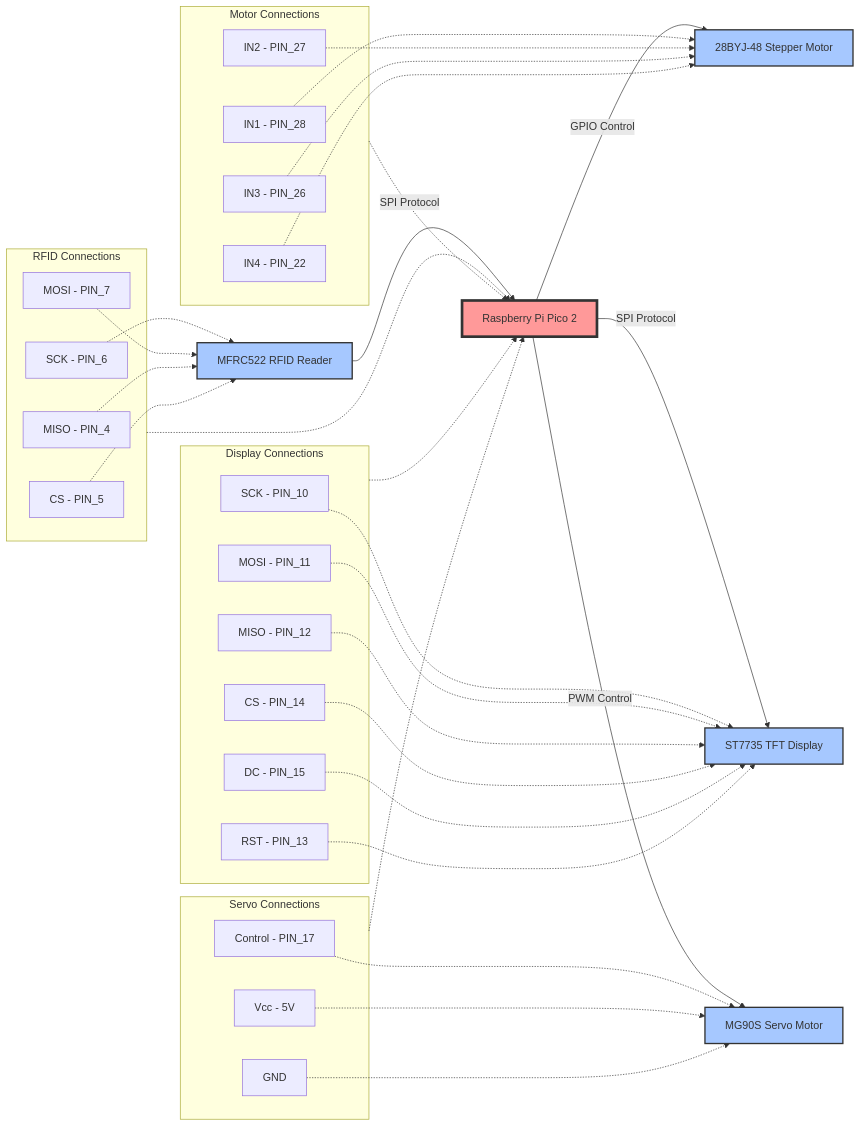
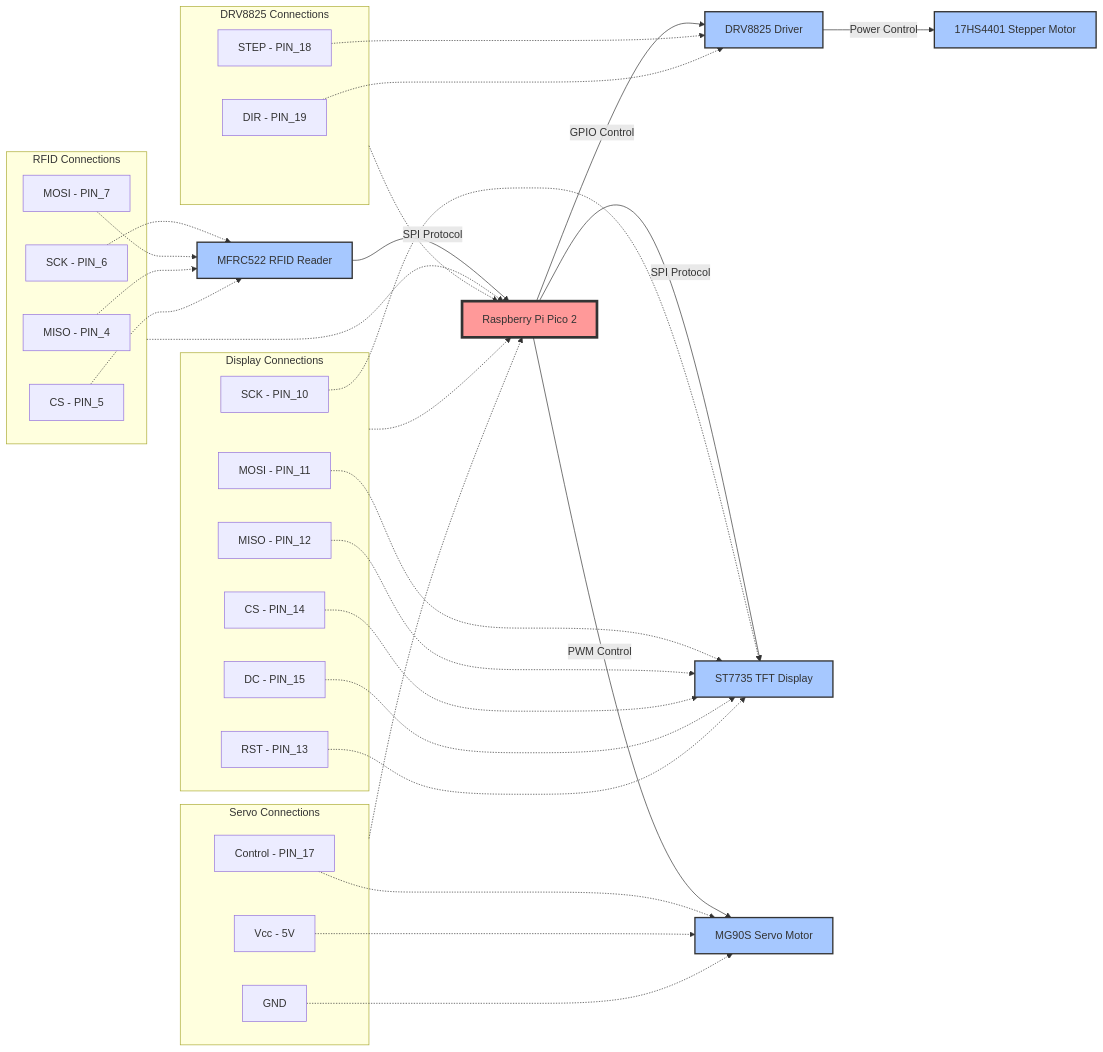
One commit to UPB-PMRust/website changed the diagram in website/versioned_docs/version-acs_cc/project/2025/vicentiu.duta/index.md. Above: the diagram before and after it, drawn with Mermaid. The commit also changed other lines of this file and 4 other files, not shown here.

````diff
--- a/website/versioned_docs/version-acs_cc/project/2025/vicentiu.duta/index.md
+++ b/website/versioned_docs/version-acs_cc/project/2025/vicentiu.duta/index.md
@@ -41,61 +40,60 @@
 ```mermaid
 flowchart LR
-
     classDef central fill:#ff9999,stroke:#333,stroke-width:4px
     classDef peripheral fill:#a6c8ff,stroke:#333,stroke-width:2px
     classDef interface fill:#98d982,stroke:#333,stroke-width:2px
     
     PICO[Raspberry Pi Pico 2]:::central
     
     RFID[MFRC522 RFID Reader]:::peripheral
-    MOTOR[28BYJ-48 Stepper Motor]:::peripheral
+    MOTOR[17HS4401 Stepper Motor]:::peripheral
+    DRIVER[DRV8825 Driver]:::peripheral
     DISP[ST7735 TFT Display]:::peripheral
     SERVO[MG90S Servo Motor]:::peripheral
     
     RFID -- SPI Protocol --> PICO
-    PICO -- GPIO Control --> MOTOR
+    PICO -- GPIO Control --> DRIVER
+    DRIVER -- Power Control --> MOTOR
     PICO -- SPI Protocol --> DISP
     PICO -- PWM Control --> SERVO
     
     subgraph RFID_CONN[RFID Connections]
         RSCK[SCK - PIN_6]
         RMOSI[MOSI - PIN_7]
         RMISO[MISO - PIN_4]
         RCS[CS - PIN_5]
     end
     
     RSCK & RMOSI & RMISO & RCS -.-> RFID
     
-    subgraph MOTOR_CONN[Motor Connections]
-        M1[IN1 - PIN_28]
-        M2[IN2 - PIN_27]
-        M3[IN3 - PIN_26]
-        M4[IN4 - PIN_22]
+    subgraph DRIVER_CONN[DRV8825 Connections]
+        STEP[STEP - PIN_18]
+        DIR[DIR - PIN_19]
     end
     
-    M1 & M2 & M3 & M4 -.-> MOTOR
+    STEP & DIR -.-> DRIVER
     
     subgraph DISP_CONN[Display Connections]
         DSCK[SCK - PIN_10]
         DMOSI[MOSI - PIN_11]
         DMISO[MISO - PIN_12]
         DCS[CS - PIN_14]
         DDC[DC - PIN_15]
         DRST[RST - PIN_13]
     end
     
     DSCK & DMOSI & DMISO & DCS & DDC & DRST -.-> DISP
     
     subgraph SERVO_CONN[Servo Connections]
         SCTL[Control - PIN_17]
         SVcc[Vcc - 5V]
         SGND[GND]
     end
     
     SCTL & SVcc & SGND -.-> SERVO
     
     RFID_CONN -.-> PICO
-    MOTOR_CONN -.-> PICO
+    DRIVER_CONN -.-> PICO
     DISP_CONN -.-> PICO
     SERVO_CONN -.-> PICO
 ```
````
